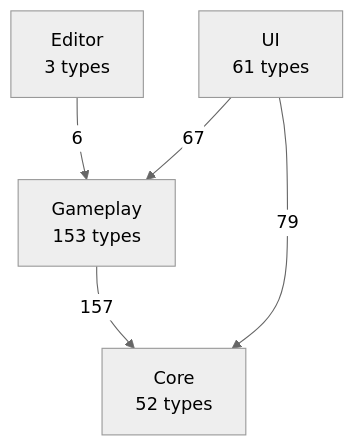
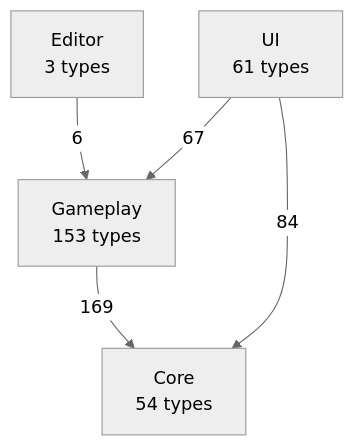
One commit to PhumipatWave/project-ocean changed the first of 2 diagrams in docs/uml/00-overview.md. Above: the diagram before and after it, drawn with Mermaid (neutral theme). The commit also changed other lines of this file and 256 other files, not shown here.

````diff
--- a/docs/uml/00-overview.md
+++ b/docs/uml/00-overview.md
@@ -11,11 +11,11 @@
 ```mermaid
 flowchart TB
   Editor["Editor<br/>3 types"]
   UI["UI<br/>61 types"]
   Gameplay["Gameplay<br/>153 types"]
-  Core["Core<br/>52 types"]
+  Core["Core<br/>54 types"]
   Editor -->|6| Gameplay
-  Gameplay -->|157| Core
-  UI -->|79| Core
+  Gameplay -->|169| Core
+  UI -->|84| Core
   UI -->|67| Gameplay
 ```
````
